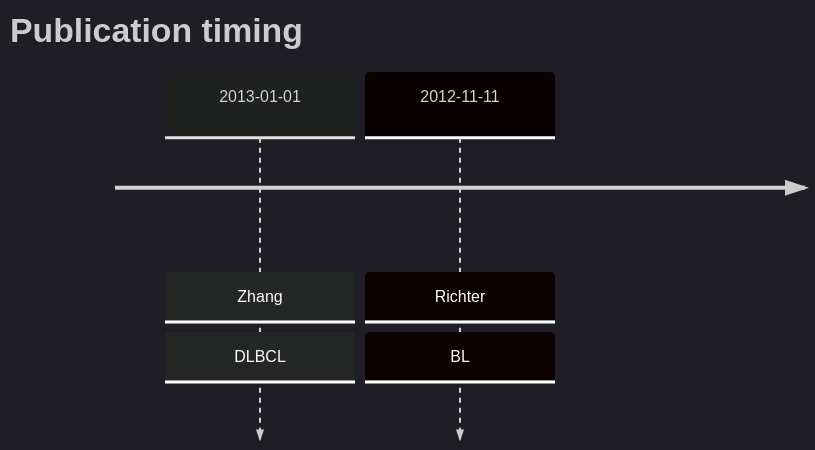
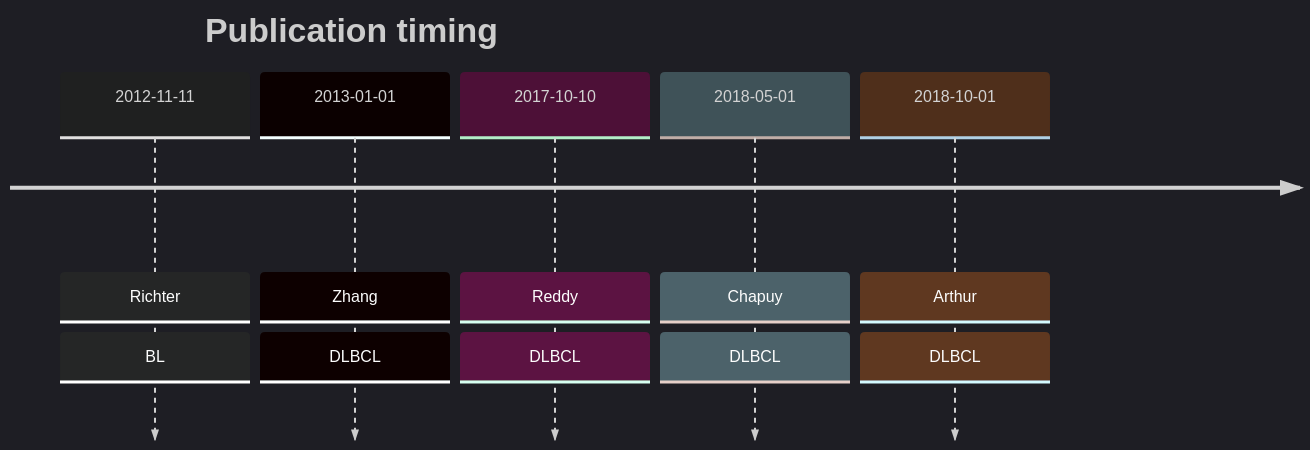
One commit to morinlab/lymphopedia changed the diagram in RHOA.md. Above: the diagram before and after it, drawn with Mermaid. The commit also changed other lines of this file, not shown here.

Commit message:
update tables

````diff
--- a/RHOA.md
+++ b/RHOA.md
@@ -9,7 +9,11 @@
 ```mermaid
 %%{init: { 'logLevel': 'debug', 'theme': 'dark' } }%%
 timeline
     title Publication timing
+    2012-11-11 : Richter : BL
       2013-01-01 : Zhang : DLBCL
-      2012-11-11 : Richter : BL
+2017-10-10 : Reddy : DLBCL
+2018-05-01 : Chapuy : DLBCL
+2018-10-01 : Arthur : DLBCL
+      
 ```
````
